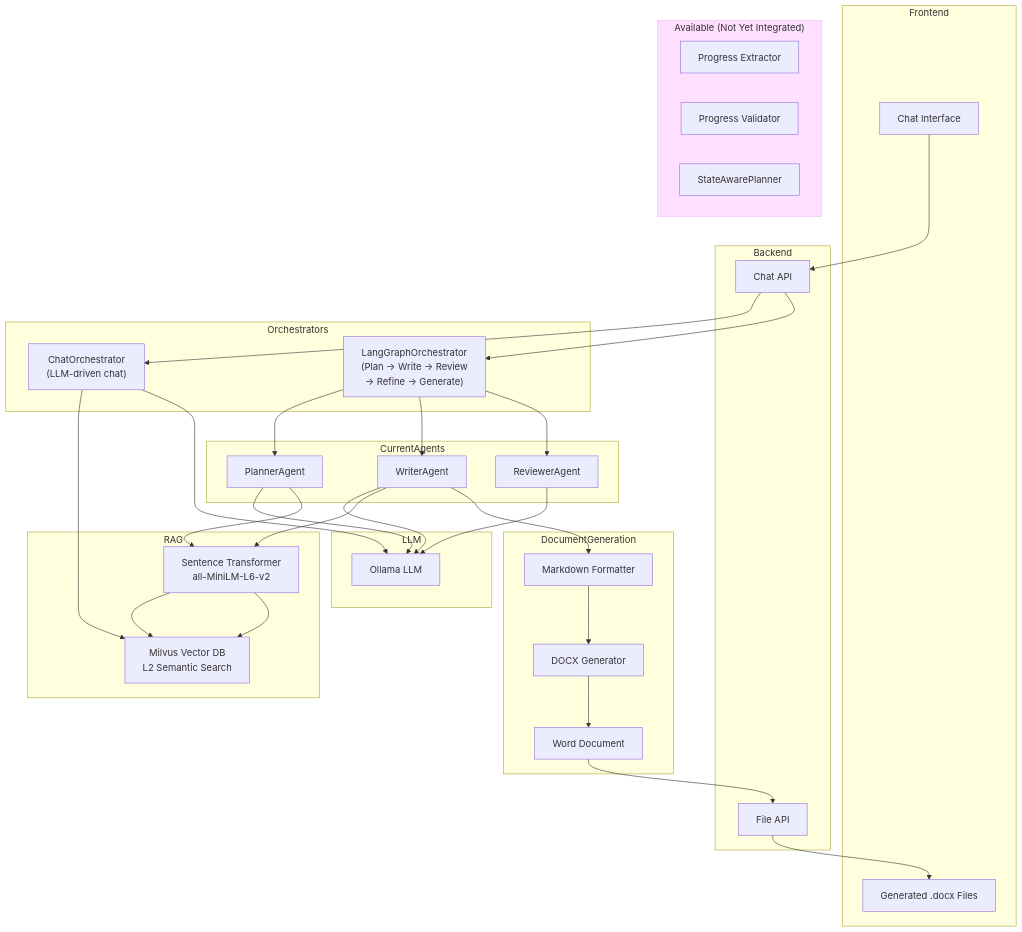
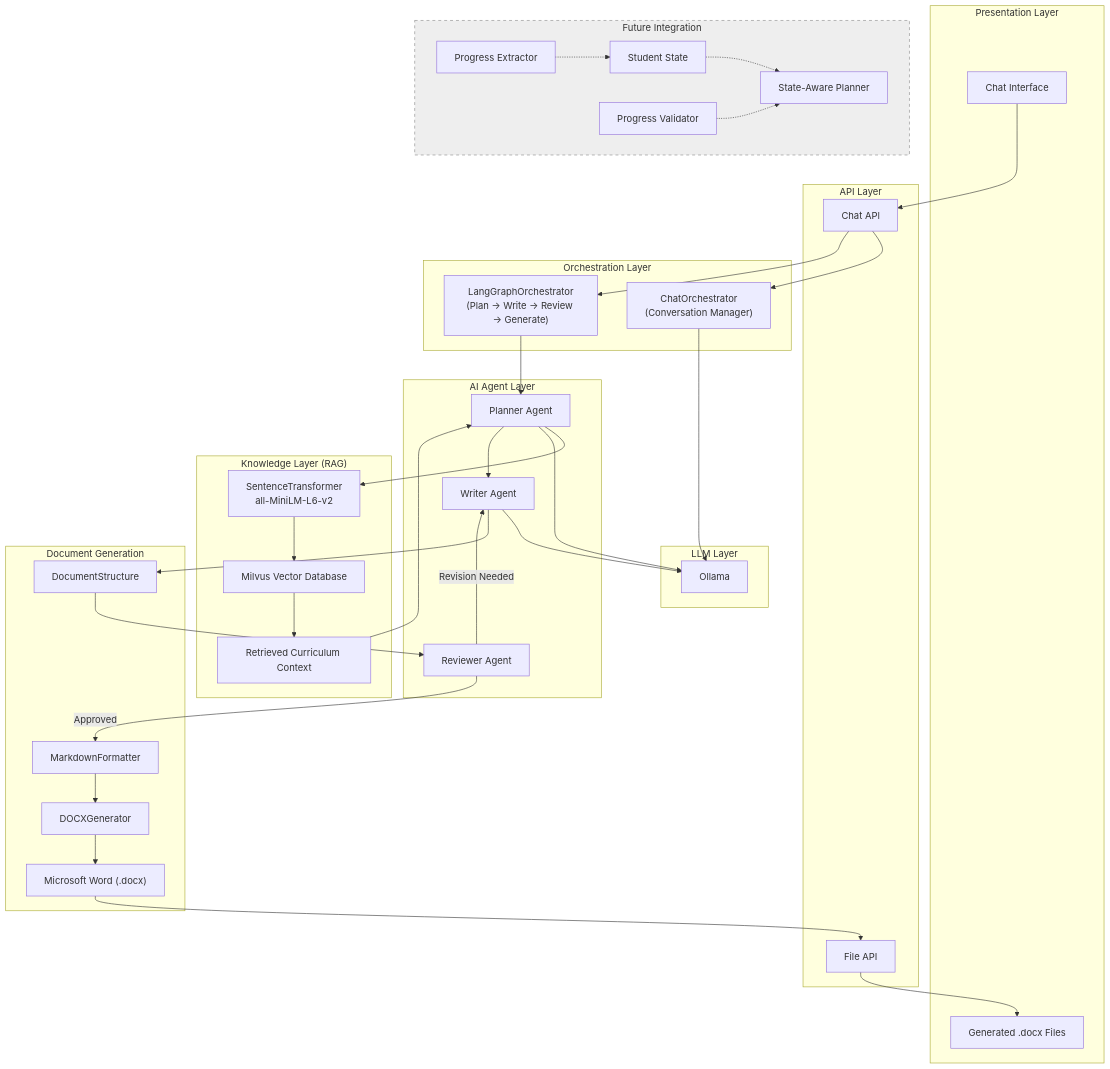
The diagram in docs/diagrams/ARCHITECTURE.mermaid (mohammed1916/RAGmultiAgentRevisableDocGenerator), drawn with Mermaid before and after one commit.

Commit message:
update arch based on layers

```diff
--- a/docs/diagrams/ARCHITECTURE.mermaid
+++ b/docs/diagrams/ARCHITECTURE.mermaid
@@ -1,73 +1,114 @@
 graph TB
 
-subgraph Frontend
+%% =========================
+%% Presentation Layer
+%% =========================
+subgraph Presentation["Presentation Layer"]
     UI["Chat Interface"]
     Files["Generated .docx Files"]
 end
 
-subgraph Backend
+%% =========================
+%% API Layer
+%% =========================
+subgraph API["API Layer"]
     ChatAPI["Chat API"]
     FileAPI["File API"]
 end
 
-subgraph Orchestrators
-    ChatOrch["ChatOrchestrator<br/>(LLM-driven chat)"]
-    LangGraphOrch["LangGraphOrchestrator<br/>(Plan → Write → Review<br/>→ Refine → Generate)"]
+%% =========================
+%% Orchestration Layer
+%% =========================
+subgraph Orch["Orchestration Layer"]
+    ChatOrch["ChatOrchestrator<br/>(Conversation Manager)"]
+    LangGraph["LangGraphOrchestrator<br/>(Plan → Write → Review → Generate)"]
 end
 
-subgraph CurrentAgents
-    Planner["PlannerAgent"]
-    Writer["WriterAgent"]
-    Reviewer["ReviewerAgent"]
+%% =========================
+%% AI Agents
+%% =========================
+subgraph Agents["AI Agent Layer"]
+    Planner["Planner Agent"]
+    Writer["Writer Agent"]
+    Reviewer["Reviewer Agent"]
 end
 
-subgraph RAG
-    Embed["Sentence Transformer<br/>all-MiniLM-L6-v2"]
-    Milvus["Milvus Vector DB<br/>L2 Semantic Search"]
+%% =========================
+%% Knowledge Layer
+%% =========================
+subgraph Knowledge["Knowledge Layer (RAG)"]
+    Embed["SentenceTransformer<br/>all-MiniLM-L6-v2"]
+    Milvus["Milvus Vector Database"]
+    Context["Retrieved Curriculum Context"]
 end
 
-subgraph LLM
-    Ollama["Ollama LLM"]
+%% =========================
+%% LLM Layer
+%% =========================
+subgraph LLM["LLM Layer"]
+    Ollama["Ollama"]
 end
 
-subgraph DocumentGeneration
-    Markdown["Markdown Formatter"]
-    DOCX["DOCX Generator"]
-    Word["Word Document"]
+%% =========================
+%% Document Generation
+%% =========================
+subgraph Docs["Document Generation"]
+    Structure["DocumentStructure"]
+    Markdown["MarkdownFormatter"]
+    DOCX["DOCXGenerator"]
+    Word["Microsoft Word (.docx)"]
 end
 
-subgraph AvailableComponents["Available (Not Yet Integrated)"]
+%% =========================
+%% Future Components
+%% =========================
+subgraph Future["Future Integration"]
     Extractor["Progress Extractor"]
+    State["Student State"]
     Validator["Progress Validator"]
-    StateAwarePlanner["StateAwarePlanner"]
+    SAP["State-Aware Planner"]
 end
 
+%% =========================
+%% Flow
+%% =========================
+
 UI --> ChatAPI
+
 ChatAPI --> ChatOrch
-ChatAPI --> LangGraphOrch
+ChatAPI --> LangGraph
 
-ChatOrch --> Milvus
 ChatOrch --> Ollama
 
-LangGraphOrch --> Planner
-LangGraphOrch --> Writer
-LangGraphOrch --> Reviewer
+LangGraph --> Planner
+
+Planner --> Embed
+Embed --> Milvus
+Milvus --> Context
+Context --> Planner
 
 Planner --> Ollama
-Planner --> Embed
-Embed --> Milvus
+
+Planner --> Writer
 
 Writer --> Ollama
-Writer --> Embed
-Embed --> Milvus
 
-Reviewer --> Ollama
+Writer --> Structure
 
-Writer --> Markdown
+Structure --> Reviewer
+
+Reviewer -->|Approved| Markdown
+Reviewer -->|Revision Needed| Writer
+
 Markdown --> DOCX
 DOCX --> Word
 
 Word --> FileAPI
 FileAPI --> Files
 
-style AvailableComponents fill:#f9f,stroke:#f0f,opacity:0.3
+%% Future
+Extractor -.-> State
+State -.-> SAP
+Validator -.-> SAP
+
+style Future fill:#eeeeee,stroke:#888888,stroke-dasharray: 5 5
```
